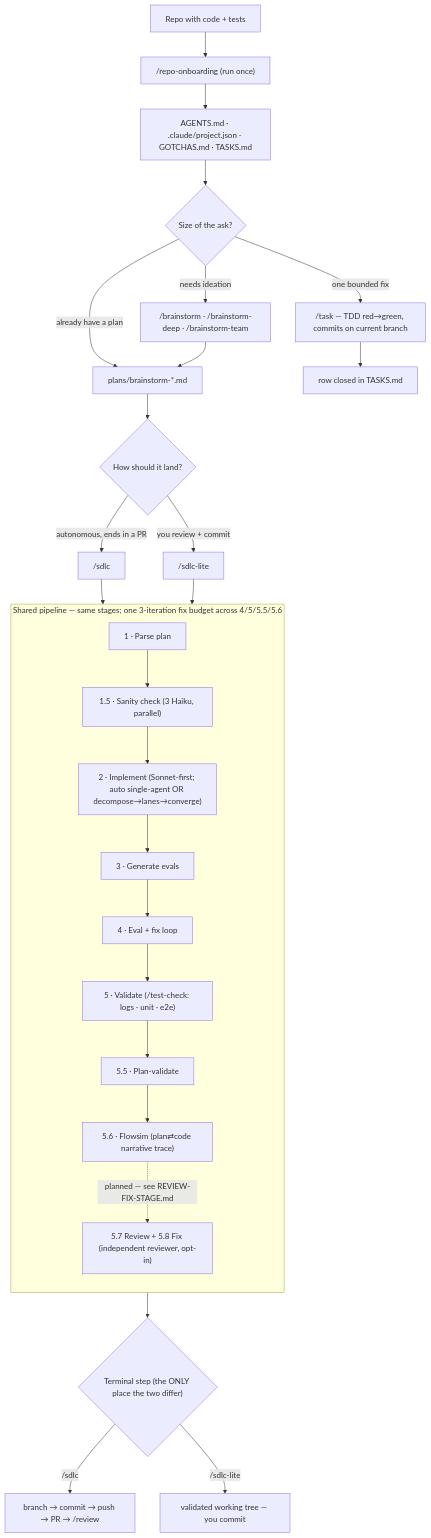
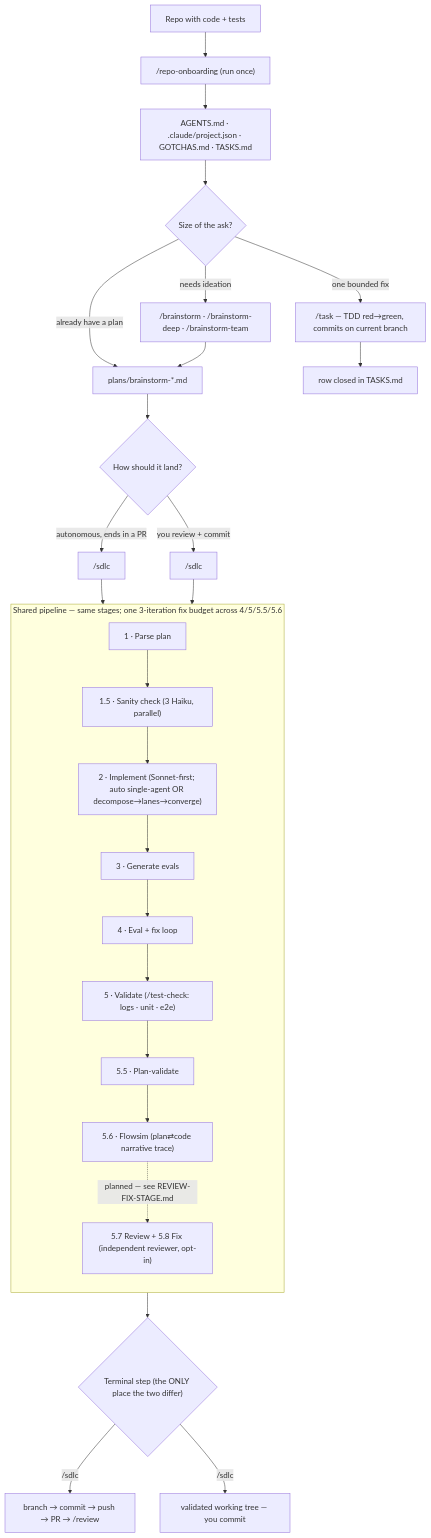
Before and after one commit to exerias21/brainstorm-toolkit: the diagram in docs/FLOW.md, drawn with Mermaid. The commit also changed other lines of this file and 66 other files, not shown here.

````diff
--- a/docs/FLOW.md
+++ b/docs/FLOW.md
@@ -23,32 +23,32 @@
 ```mermaid
 flowchart TD
     R["Repo with code + tests"] --> ONB["/repo-onboarding  (run once)"]
     ONB --> CFG["AGENTS.md · .claude/project.json · GOTCHAS.md · TASKS.md"]
     CFG --> PICK{"Size of the ask?"}
 
     PICK -->|"one bounded fix"| TASK["/task — TDD red→green, commits on current branch"]
     PICK -->|"needs ideation"| BS["/brainstorm · /brainstorm-deep · /brainstorm-team"]
     PICK -->|"already have a plan"| PLAN["plans/brainstorm-*.md"]
     BS --> PLAN
 
     PLAN --> DELIV{"How should it land?"}
     DELIV -->|"autonomous, ends in a PR"| SDLC["/sdlc"]
-    DELIV -->|"you review + commit"| LITE["/sdlc-lite"]
+    DELIV -->|"you review + commit"| LITE["/sdlc"]
     SDLC --> PIPE
     LITE --> PIPE
 
     subgraph PIPE ["Shared pipeline — same stages; one 3-iteration fix budget across 4/5/5.5/5.6"]
       direction TB
       S1["1 · Parse plan"] --> S15["1.5 · Sanity check (3 Haiku, parallel)"]
       S15 --> S2["2 · Implement (Sonnet-first; auto single-agent OR decompose→lanes→converge)"]
       S2 --> S3["3 · Generate evals"] --> S4["4 · Eval + fix loop"]
       S4 --> S5["5 · Validate (/test-check: logs · unit · e2e)"] --> S55["5.5 · Plan-validate"]
       S55 --> S56["5.6 · Flowsim (plan⇄code narrative trace)"]
       S56 -. "planned — see REVIEW-FIX-STAGE.md" .-> S57["5.7 Review + 5.8 Fix (independent reviewer, opt-in)"]
     end
 
     PIPE --> OUT{"Terminal step (the ONLY place the two differ)"}
     OUT -->|"/sdlc"| PR["branch → commit → push → PR → /review"]
-    OUT -->|"/sdlc-lite"| HO["validated working tree — you commit"]
+    OUT -->|"/sdlc"| HO["validated working tree — you commit"]
     TASK --> DONE["row closed in TASKS.md"]
 ```
````
